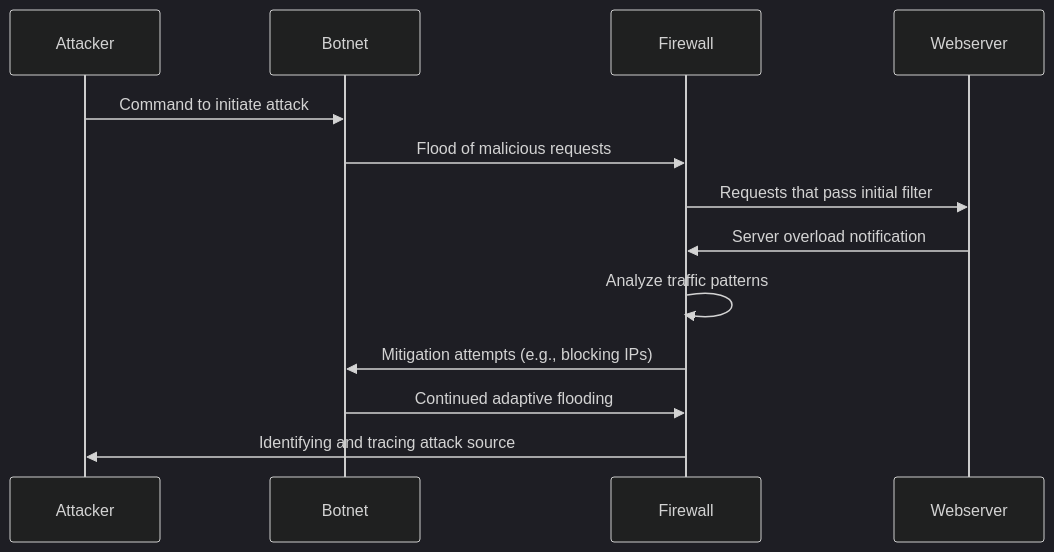
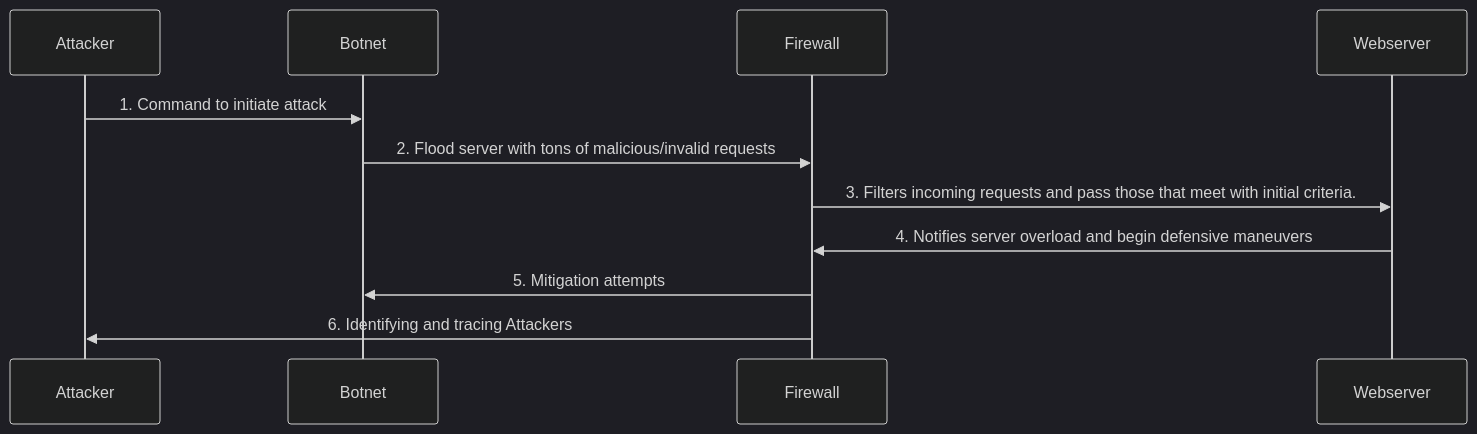
Before and after one commit to ltran26/ltran26.github.io: the diagram in DDoS_Attack_Sequence.md, drawn with Mermaid (dark theme). The commit also changed other lines of this file and 1 other file, not shown here.

````diff
--- a/DDoS_Attack_Sequence.md
+++ b/DDoS_Attack_Sequence.md
@@ -1,16 +1,14 @@
 ```mermaid
 sequenceDiagram
     participant Attacker
     participant Botnet
     participant Firewall
     participant Webserver
 
-    Attacker->>Botnet: Command to initiate attack
-    Botnet->>Firewall: Flood of malicious requests
-    Firewall->>Webserver: Requests that pass initial filter
-    Webserver->>Firewall: Server overload notification
-    Firewall->>Firewall: Analyze traffic patterns
-    Firewall->>Botnet: Mitigation attempts (e.g., blocking IPs)
-    Botnet->>Firewall: Continued adaptive flooding
-    Firewall->>Attacker: Identifying and tracing attack source
+    Attacker->>Botnet: 1. Command to initiate attack
+    Botnet->>Firewall: 2. Flood server with tons of malicious/invalid requests
+    Firewall->>Webserver: 3. Filters incoming requests and pass those that meet with initial criteria.
+    Webserver->>Firewall: 4. Notifies server overload and begin defensive maneuvers
+    Firewall->>Botnet: 5. Mitigation attempts 
+    Firewall->>Attacker: 6. Identifying and tracing Attackers
 ```
````
